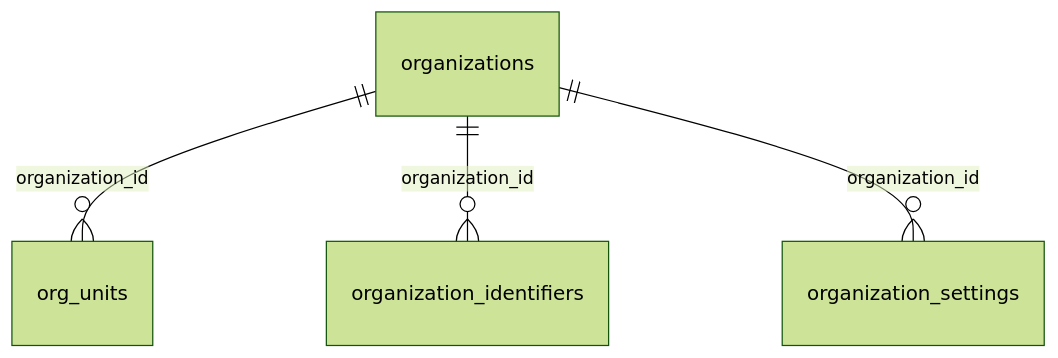
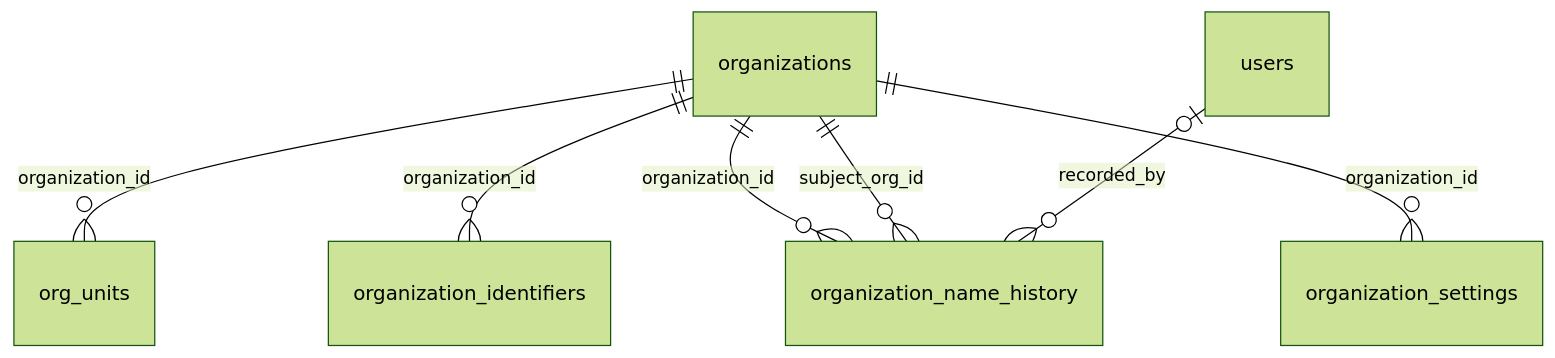
One commit to chenson42/presby changed the first of 11 diagrams in docs/schema-design.md. Above: the diagram before and after it, drawn with Mermaid (forest theme). The commit also changed other lines of this file and 10 other files, not shown here.

````diff
--- a/docs/schema-design.md
+++ b/docs/schema-design.md
@@ -98,6 +98,9 @@
 ```mermaid
 erDiagram
   organizations ||--o{ org_units : "organization_id"
   organizations ||--o{ organization_identifiers : "organization_id"
+  organizations ||--o{ organization_name_history : "organization_id"
+  organizations ||--o{ organization_name_history : "subject_org_id"
+  users |o--o{ organization_name_history : "recorded_by"
   organizations ||--o{ organization_settings : "organization_id"
 ```
````
